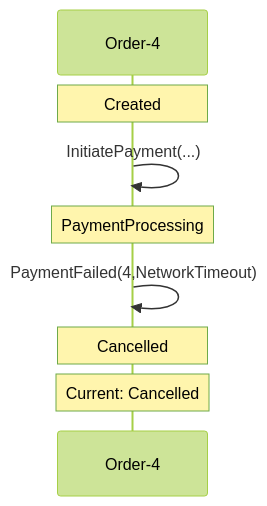
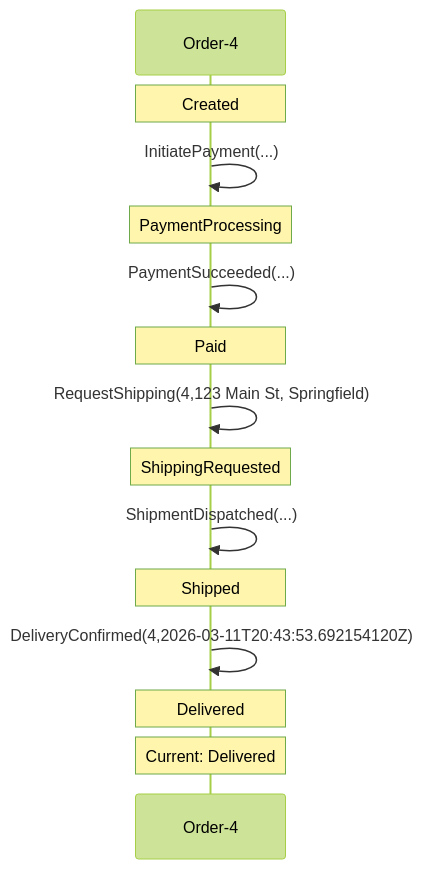
One commit to early-effect/mechanoid changed the first of 2 diagrams in docs/visualizations/order-4-trace.md. Above: the diagram before and after it, drawn with Mermaid (forest theme). The commit also changed other lines of this file and 6 other files, not shown here.

First line of the commit message:
Fix Mermaid state diagram note syntax for timeouts

````diff
--- a/docs/visualizations/order-4-trace.md
+++ b/docs/visualizations/order-4-trace.md
@@ -7,11 +7,17 @@
 ```mermaid
 sequenceDiagram
     participant FSM as Order-4
     Note over FSM: Created
     FSM->>FSM: InitiatePayment(...)
     Note over FSM: PaymentProcessing
-    FSM->>FSM: PaymentFailed(4,NetworkTimeout)
-    Note over FSM: Cancelled
-    Note over FSM: Current: Cancelled
+    FSM->>FSM: PaymentSucceeded(...)
+    Note over FSM: Paid
+    FSM->>FSM: RequestShipping(4,123 Main St, Springfield)
+    Note over FSM: ShippingRequested
+    FSM->>FSM: ShipmentDispatched(...)
+    Note over FSM: Shipped
+    FSM->>FSM: DeliveryConfirmed(4,2026-03-11T20:43:53.692154120Z)
+    Note over FSM: Delivered
+    Note over FSM: Current: Delivered
 
 ```
````
